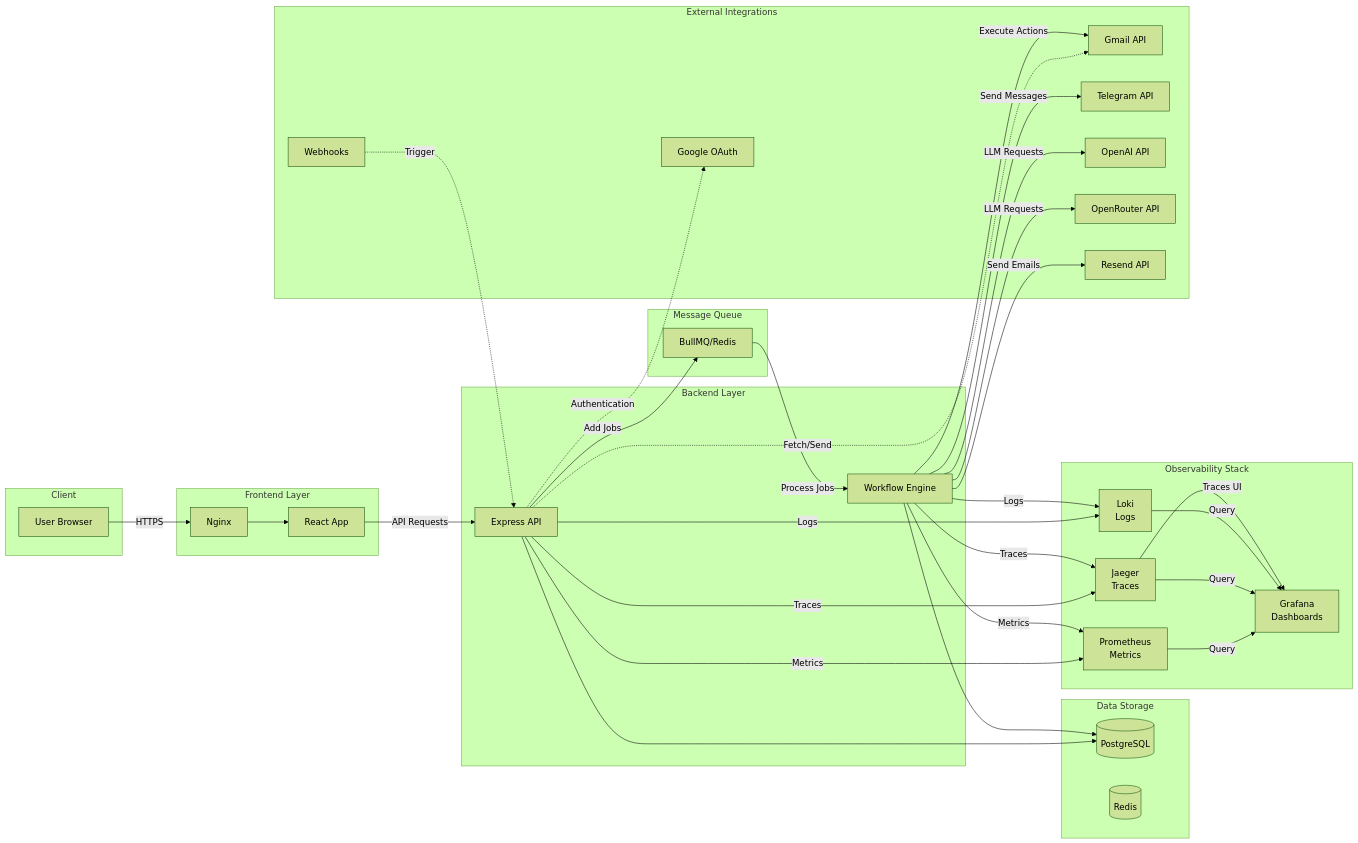
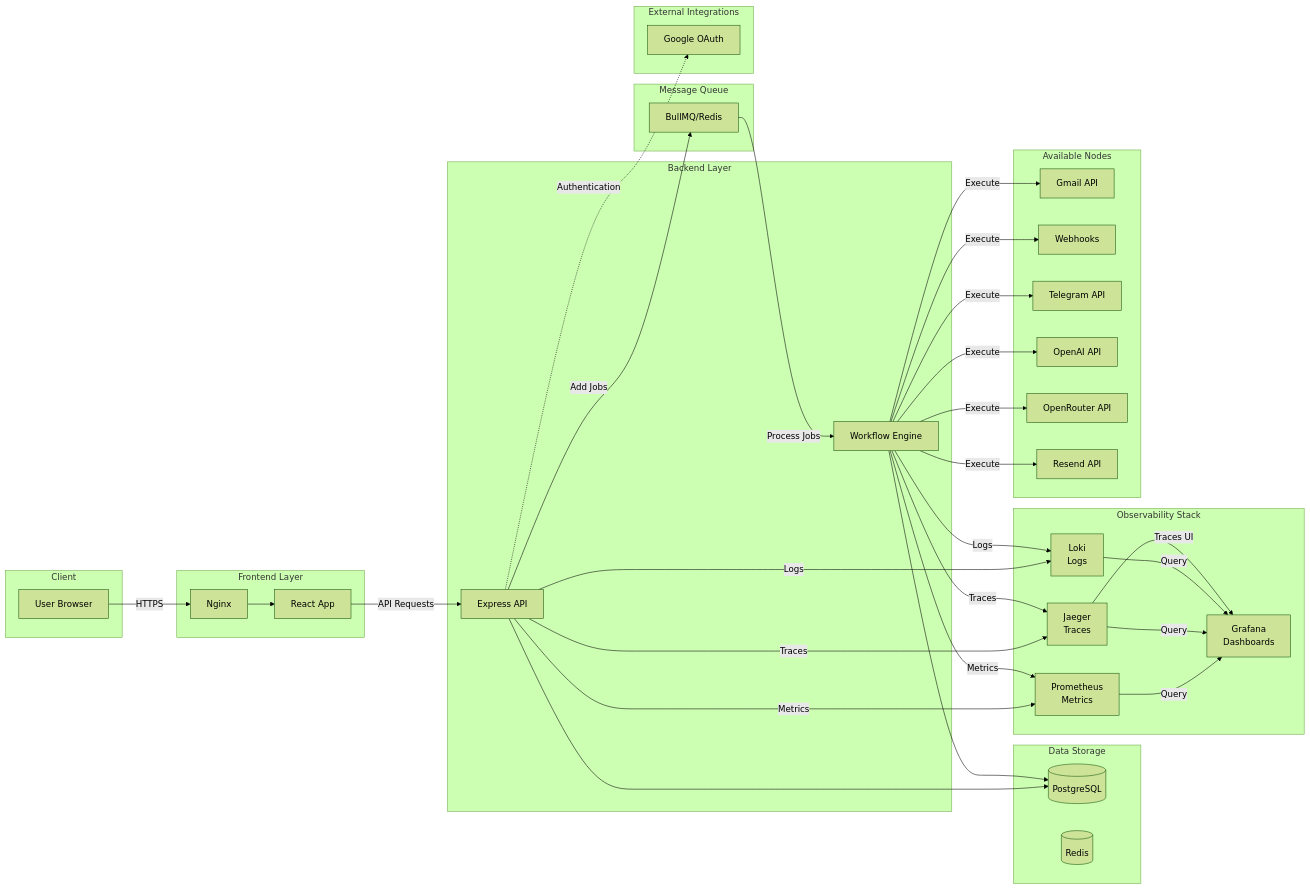
One commit to JagjeevanAK/nEn changed the diagram in README.md. Above: the diagram before and after it, drawn with Mermaid (forest theme).

Commit message:
minor changes

````diff
--- a/README.md
+++ b/README.md
@@ -7,69 +7,71 @@
 ```mermaid
 flowchart LR
     subgraph Client
         A[User Browser]
     end
     
     subgraph Frontend["Frontend Layer"]
         B[Nginx]
         C[React App]
     end
     
     subgraph Backend["Backend Layer"]
         D[Express API]
         E[Workflow Engine]
     end
     
     subgraph Queue["Message Queue"]
         Q[BullMQ/Redis]
     end
     
     subgraph Storage["Data Storage"]
         F[(PostgreSQL)]
         G[(Redis)]
     end
     
     subgraph Monitoring["Observability Stack"]
         M1[Prometheus<br/>Metrics]
         M2[Grafana<br/>Dashboards]
         M3[Jaeger<br/>Traces]
         M4[Loki<br/>Logs]
     end
     
+    subgraph Nodes["Available Nodes"]
+        N1[Gmail API]
+        N2[Webhooks]
+        N3[Telegram API]
+        N4[OpenAI API]
+        N5[OpenRouter API]
+        N6[Resend API]
+    end
+    
     subgraph External["External Integrations"]
         H[Google OAuth]
-        I[Gmail API]
-        J[Webhooks]
-        K[Telegram API]
-        L[OpenAI API]
-        M[OpenRouter API]
-        N[Resend API]
     end
     
     A -->|HTTPS| B
     B --> C
     C -->|API Requests| D
     D --> F
     D -->|Add Jobs| Q
     D -.->|Authentication| H
-    D -.->|Fetch/Send| I
-    J -.->|Trigger| D
     Q -->|Process Jobs| E
     E --> F
-    E -->|Execute Actions| I
-    E -->|Send Messages| K
-    E -->|LLM Requests| L
-    E -->|LLM Requests| M
-    E -->|Send Emails| N
+    E -->|Execute| N1
+    E -->|Execute| N2
+    E -->|Execute| N3
+    E -->|Execute| N4
+    E -->|Execute| N5
+    E -->|Execute| N6
     
     D -->|Metrics| M1
     E -->|Metrics| M1
     D -->|Traces| M3
     E -->|Traces| M3
     D -->|Logs| M4
     E -->|Logs| M4
     M1 -->|Query| M2
     M3 -->|Query| M2
     M4 -->|Query| M2
     M3 -->|Traces UI| M2
 ```
````
